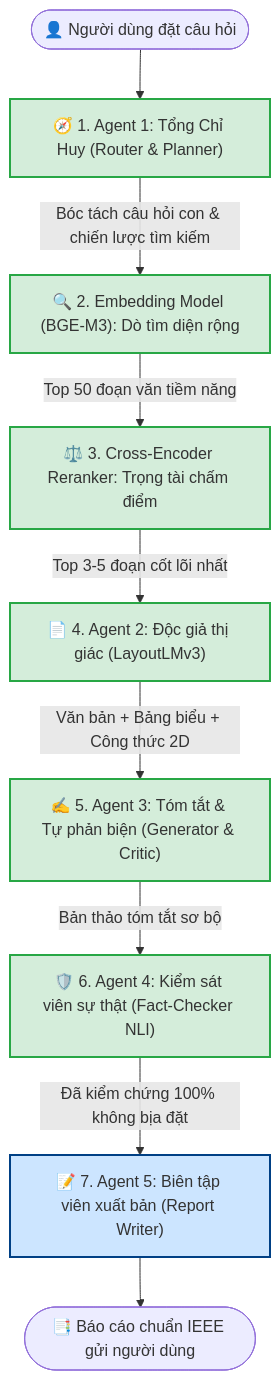
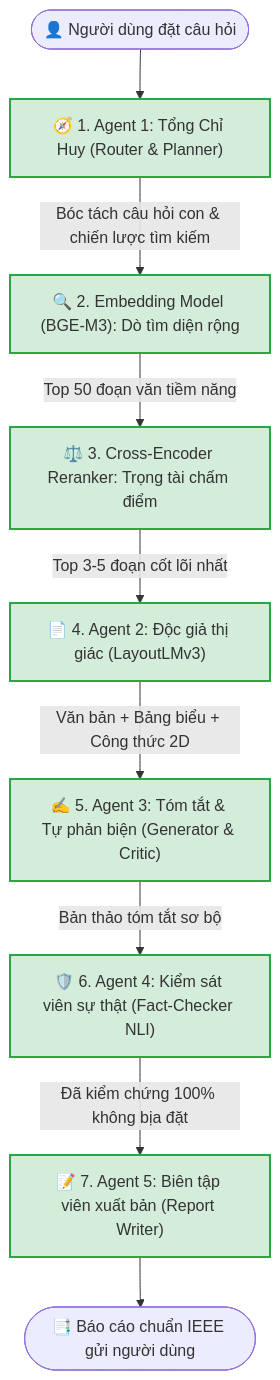
The diagram in training_lab/README.md (ducmanh-jr/Multi-Agent_RAG), drawn with Mermaid before and after one commit. The commit also changed other lines of this file and 2 other files, not shown here.

Commit message:
docs: finalize Agent 5 metrics and README status

````diff
--- a/training_lab/README.md
+++ b/training_lab/README.md
@@ -27,26 +27,26 @@
 ```mermaid
 flowchart TD
     User(["👤 Người dùng đặt câu hỏi"])
     
     User --> A1["🧭 1. Agent 1: Tổng Chỉ Huy (Router & Planner)"]
     
     A1 -->|"Bóc tách câu hỏi con & chiến lược tìm kiếm"| Emb["🔍 2. Embedding Model (BGE-M3): Dò tìm diện rộng"]
     
     Emb -->|"Top 50 đoạn văn tiềm năng"| Reranker["⚖️ 3. Cross-Encoder Reranker: Trọng tài chấm điểm"]
     
     Reranker -->|"Top 3-5 đoạn cốt lõi nhất"| A2["📄 4. Agent 2: Độc giả thị giác (LayoutLMv3)"]
     
     A2 -->|"Văn bản + Bảng biểu + Công thức 2D"| A3["✍️ 5. Agent 3: Tóm tắt & Tự phản biện (Generator & Critic)"]
     
     A3 -->|"Bản thảo tóm tắt sơ bộ"| A4["🛡️ 6. Agent 4: Kiểm sát viên sự thật (Fact-Checker NLI)"]
     
     A4 -->|"Đã kiểm chứng 100% không bịa đặt"| A5["📝 7. Agent 5: Biên tập viên xuất bản (Report Writer)"]
     
     A5 --> Output(["📑 Báo cáo chuẩn IEEE gửi người dùng"])
     
     classDef done fill:#d4edda,stroke:#28a745,stroke-width:2px;
     classDef active fill:#cce5ff,stroke:#004085,stroke-width:2px;
     
     class A1,Emb,Reranker,A2,A3,A4 done;
-    class A5 active;
+    class A5 done;
 ```
````
